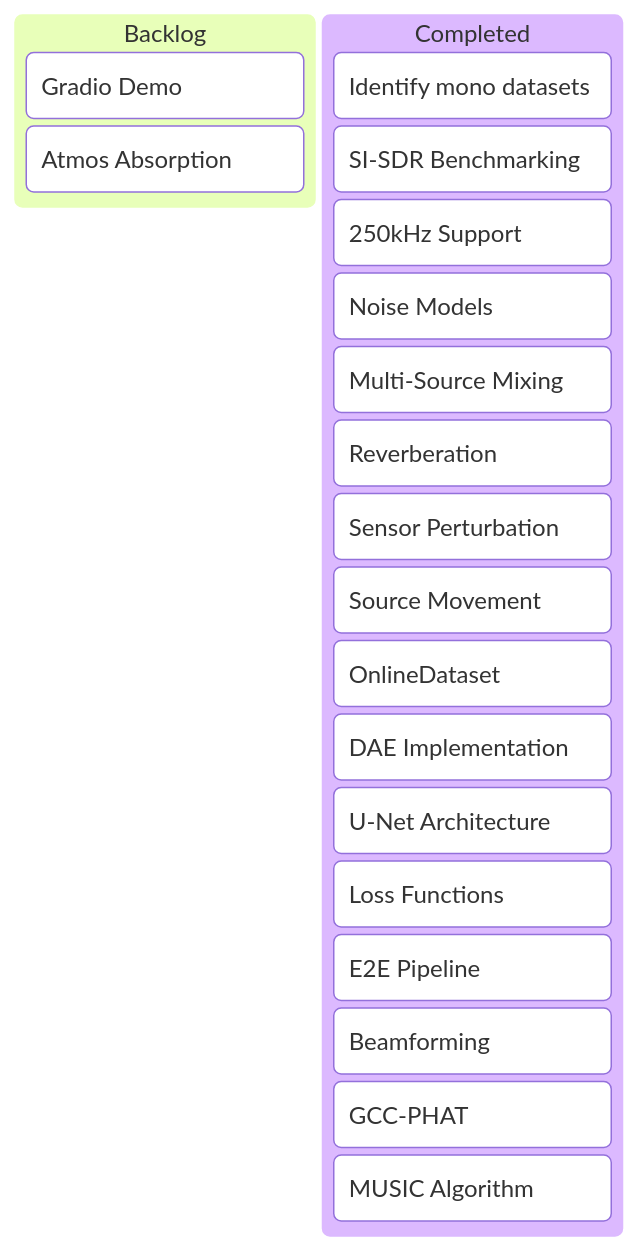
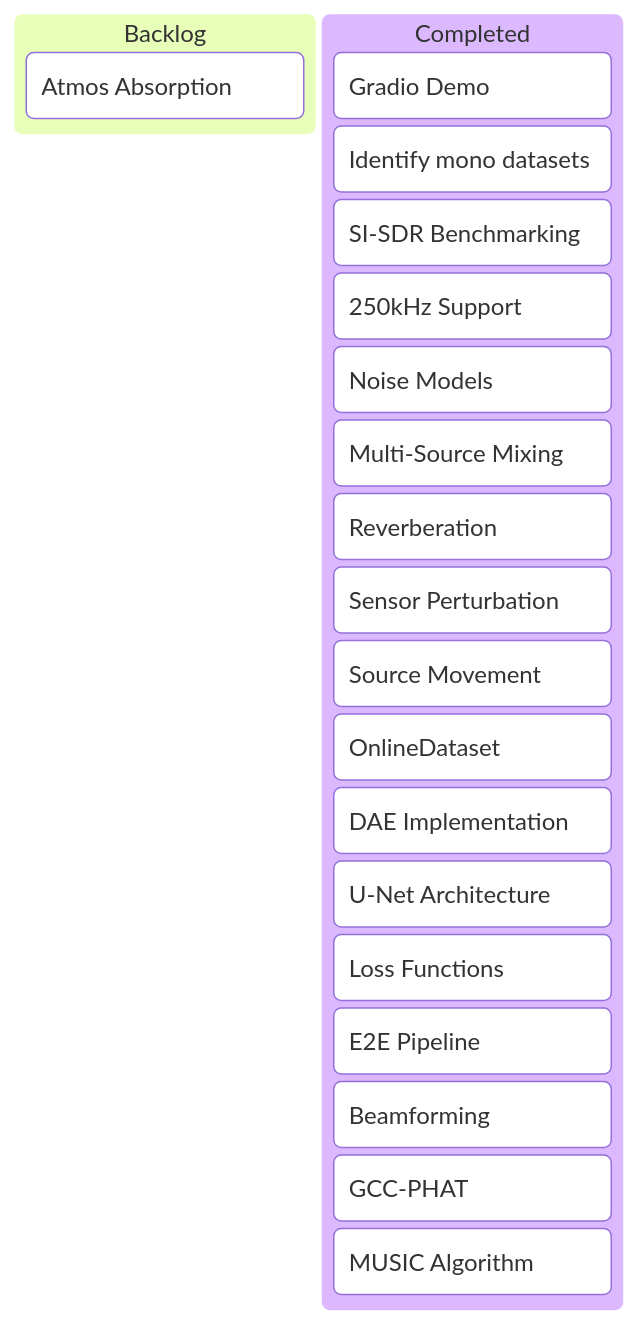
Before and after one commit to paulmziegler/BioCPPNet: the diagram in docs/BioCPPNet/KANBAN.md, drawn with Mermaid. The commit also changed other lines of this file and 5 other files, not shown here.

First line of the commit message:
Implement Gradio Interactive Demo

````diff
--- a/docs/BioCPPNet/KANBAN.md
+++ b/docs/BioCPPNet/KANBAN.md
@@ -9,23 +9,23 @@
 ```mermaid
 kanban
   Backlog
-    [Gradio Demo]
     [Atmos Absorption]
   Completed
+    [Gradio Demo]
     [Identify mono datasets]
     [SI-SDR Benchmarking]
     [250kHz Support]
     [Noise Models]
     [Multi-Source Mixing]
     [Reverberation]
     [Sensor Perturbation]
     [Source Movement]
     [OnlineDataset]
     [DAE Implementation]
     [U-Net Architecture]
     [Loss Functions]
     [E2E Pipeline]
     [Beamforming]
     [GCC-PHAT]
     [MUSIC Algorithm]
 ```
````
